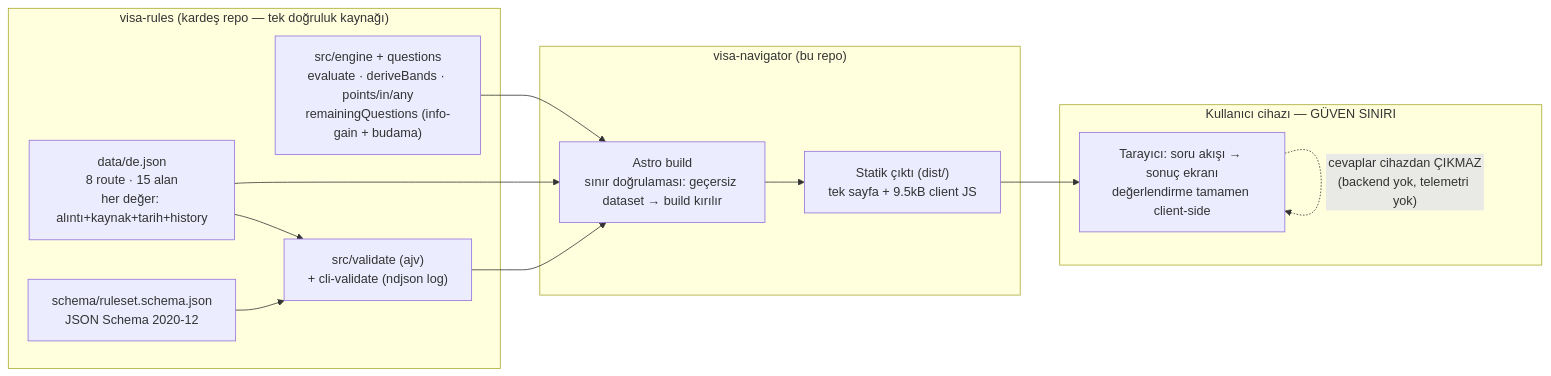
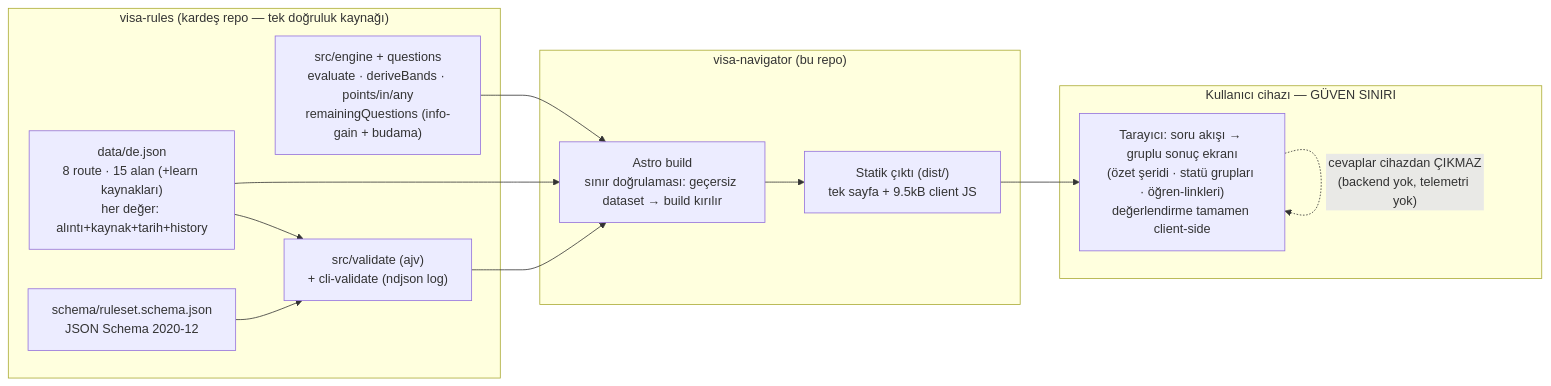
The diagram in docs/spine/ARCHITECTURE.md (OytunOnal/permit-rulebook), drawn with Mermaid before and after one commit. The commit also changed other lines of this file and 3 other files, not shown here.

Commit message:
Ledgers: v0.3 real-green, architecture updated, s4 boundary next

````diff
--- a/docs/spine/ARCHITECTURE.md
+++ b/docs/spine/ARCHITECTURE.md
@@ -5,24 +5,24 @@
 ```mermaid
 flowchart LR
     subgraph rules["visa-rules (kardeş repo — tek doğruluk kaynağı)"]
-        DATA["data/de.json<br/>8 route · 15 alan<br/>her değer: alıntı+kaynak+tarih+history"]
+        DATA["data/de.json<br/>8 route · 15 alan (+learn kaynakları)<br/>her değer: alıntı+kaynak+tarih+history"]
         SCHEMA["schema/ruleset.schema.json<br/>JSON Schema 2020-12"]
         ENGINE["src/engine + questions<br/>evaluate · deriveBands · points/in/any<br/>remainingQuestions (info-gain + budama)"]
         VALIDATE["src/validate (ajv)<br/>+ cli-validate (ndjson log)"]
     end
 
     subgraph nav["visa-navigator (bu repo)"]
         BUILD["Astro build<br/>sınır doğrulaması: geçersiz dataset → build kırılır"]
         SITE["Statik çıktı (dist/)<br/>tek sayfa + 9.5kB client JS"]
     end
 
     subgraph device["Kullanıcı cihazı — GÜVEN SINIRI"]
-        UI["Tarayıcı: soru akışı → sonuç ekranı<br/>değerlendirme tamamen client-side"]
+        UI["Tarayıcı: soru akışı → gruplu sonuç ekranı<br/>(özet şeridi · statü grupları · öğren-linkleri)<br/>değerlendirme tamamen client-side"]
     end
 
     DATA --> VALIDATE --> BUILD
     SCHEMA --> VALIDATE
     DATA --> BUILD
     ENGINE --> BUILD --> SITE --> UI
     UI -. "cevaplar cihazdan ÇIKMAZ<br/>(backend yok, telemetri yok)" .-> UI
 ```
````
